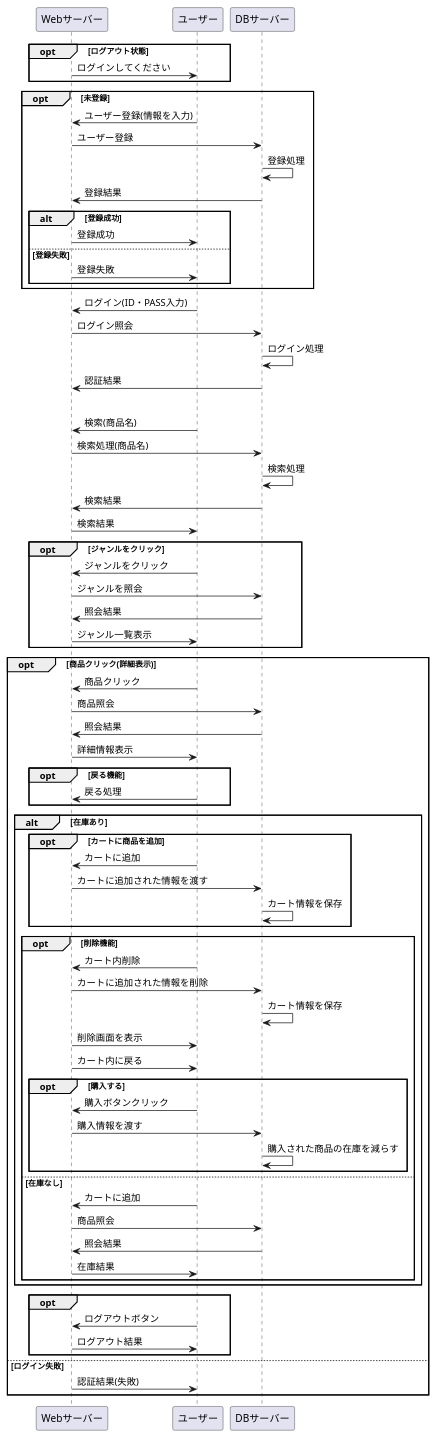
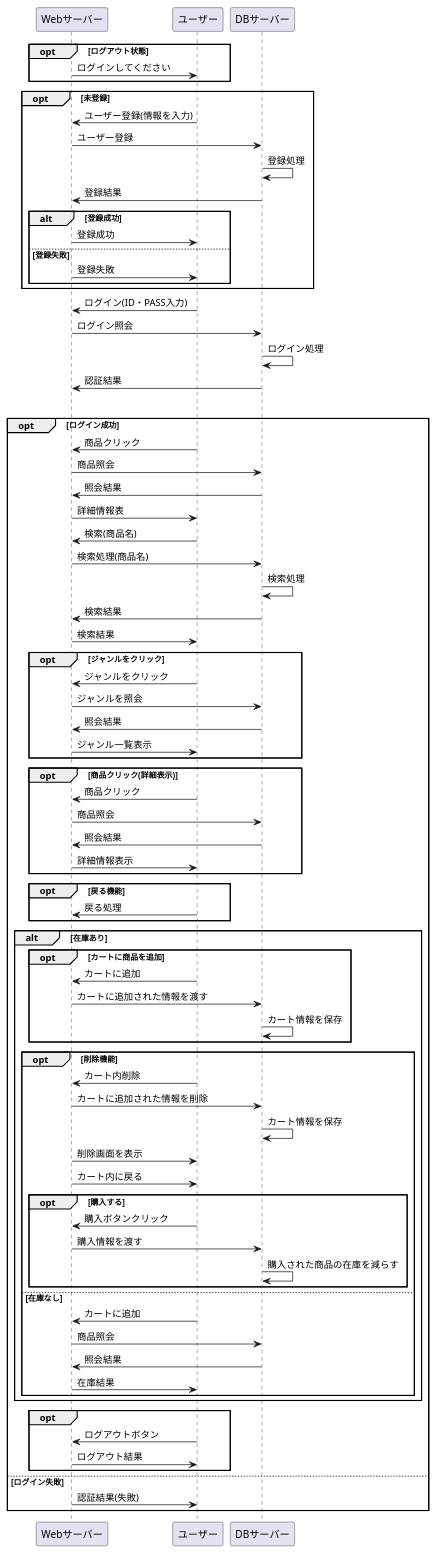
Before and after one commit to Aso2001184/2021sys-design: the diagram in あの消し.業務フロー.md, drawn with PlantUML.

```diff
--- a/あの消し.業務フロー.md
+++ b/あの消し.業務フロー.md
@@ -24,6 +24,12 @@
 
 alt ログイン成功
 
+opt ログイン成功
+ユーザー -> Webサーバー : 商品クリック
+Webサーバー -> DBサーバー : 商品照会
+DBサーバー -> Webサーバー : 照会結果
+Webサーバー -> ユーザー : 詳細情報表
+
 ユーザー -> Webサーバー : 検索(商品名)
 Webサーバー -> DBサーバー : 検索処理(商品名)
 DBサーバー -> DBサーバー : 検索処理
@@ -31,7 +37,6 @@
 Webサーバー -> ユーザー : 検索結果
 
 opt ジャンルをクリック
-
 ユーザー -> Webサーバー : ジャンルをクリック
 Webサーバー -> DBサーバー : ジャンルを照会
 DBサーバー -> Webサーバー : 照会結果
@@ -43,6 +48,7 @@
 Webサーバー -> DBサーバー : 商品照会
 DBサーバー -> Webサーバー : 照会結果
 Webサーバー -> ユーザー : 詳細情報表示
+end
 
 opt 戻る機能
 ユーザー -> Webサーバー : 戻る処理
```
